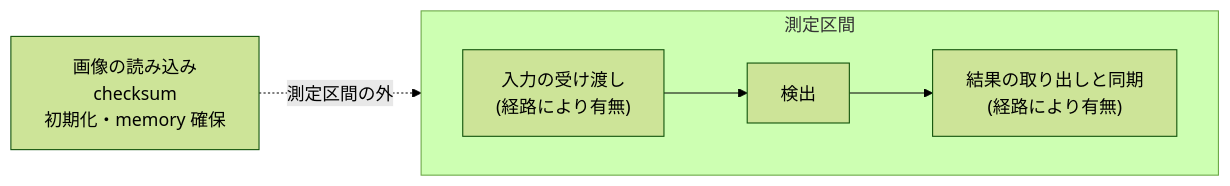
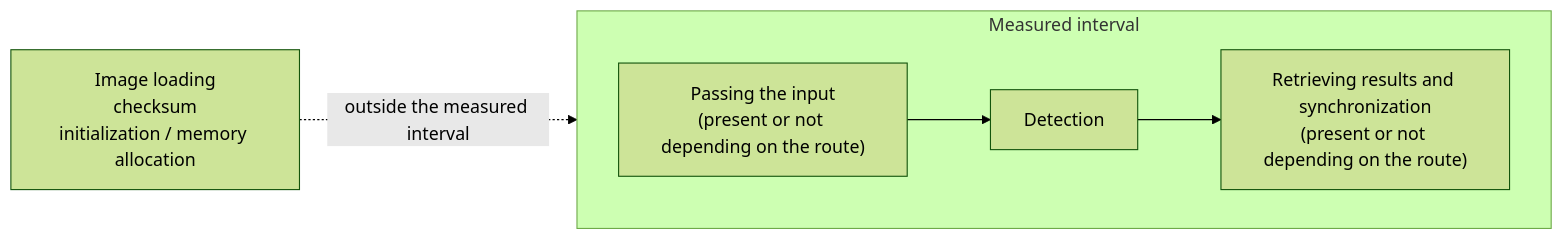
The diagram in docs/evaluation-plan.md (MasakazuTobeta/ArUco3-CUDA), drawn with Mermaid (forest theme) before and after one commit. The commit also changed other lines of this file and 187 other files, not shown here.

````diff
--- a/docs/evaluation-plan.md
+++ b/docs/evaluation-plan.md
@@ -55,8 +55,8 @@
 ```mermaid
 flowchart LR
-    L["画像の読み込み<br/>checksum<br/>初期化・memory 確保"] -.測定区間の外.-> S
-    subgraph S["測定区間"]
+    L["Image loading<br/>checksum<br/>initialization / memory allocation"] -.outside the measured interval.-> S
+    subgraph S["Measured interval"]
         direction LR
-        I["入力の受け渡し<br/>(経路により有無)"] --> D["検出"] --> R["結果の取り出しと同期<br/>(経路により有無)"]
+        I["Passing the input<br/>(present or not depending on the route)"] --> D["Detection"] --> R["Retrieving results and synchronization<br/>(present or not depending on the route)"]
     end
 ```
````
